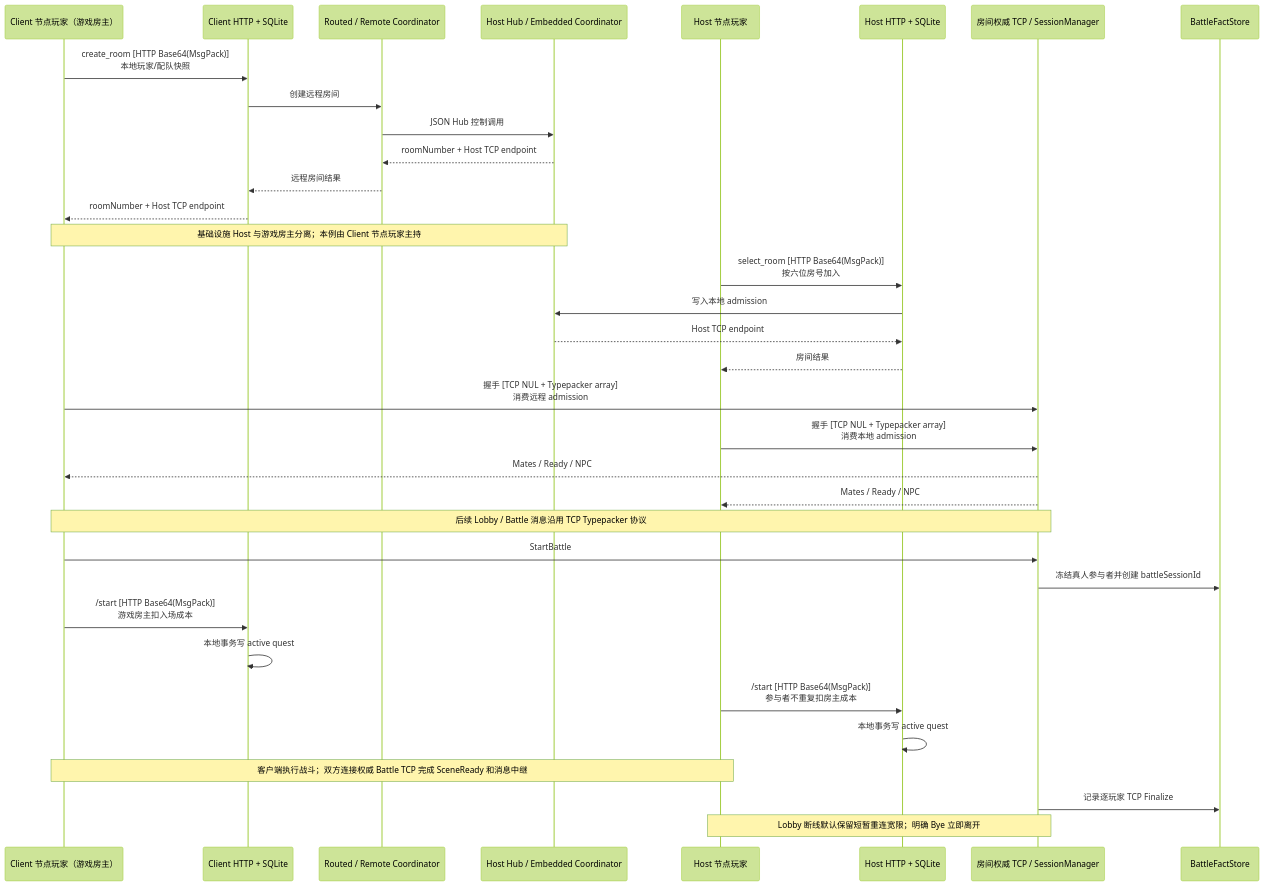
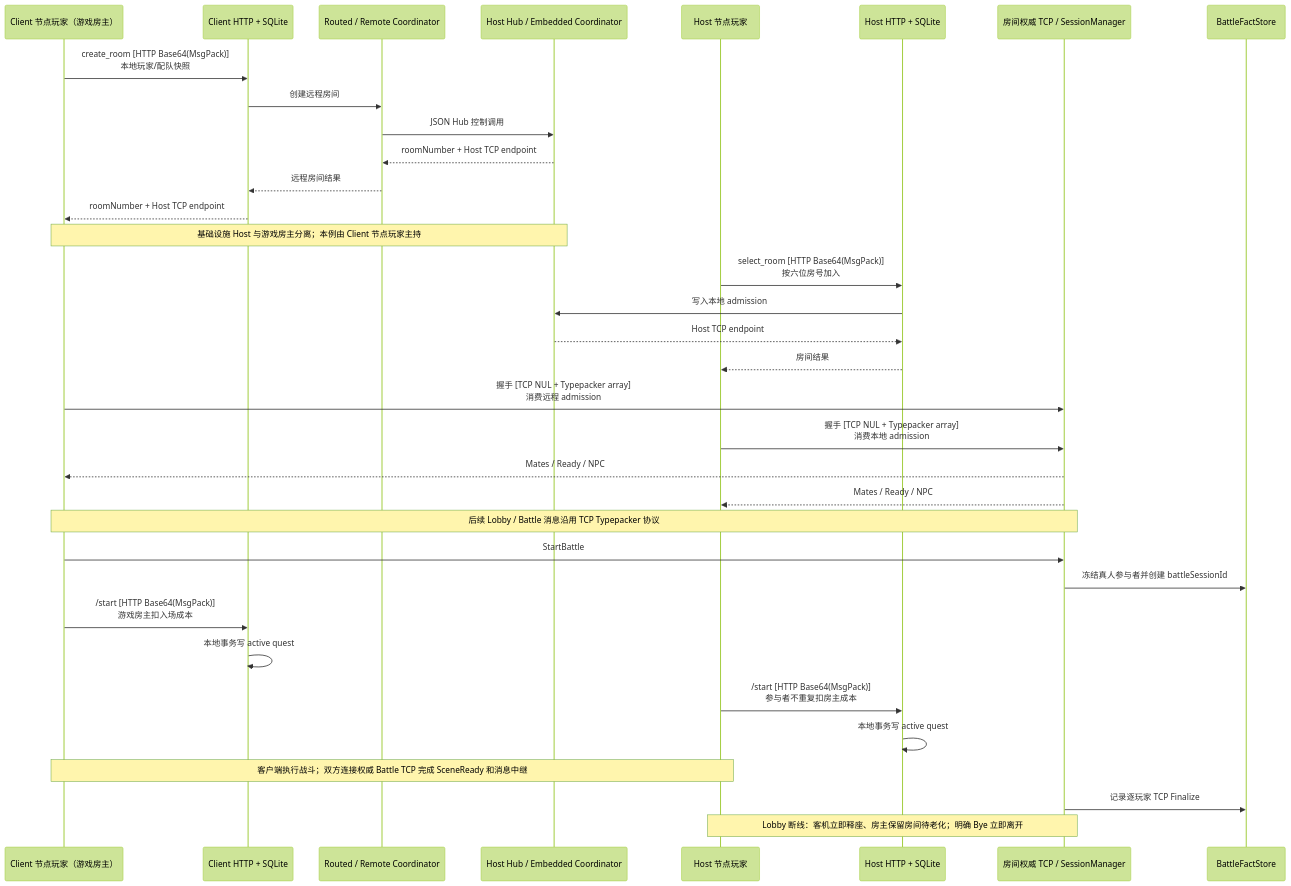
Before and after one commit to DontBeAlarmed/startpoint-cn: the second of 3 diagrams in docs/architecture/multiplayer-current.md, drawn with Mermaid (forest theme). The commit also changed 18 other files, not shown here.

````diff
--- a/docs/architecture/multiplayer-current.md
+++ b/docs/architecture/multiplayer-current.md
@@ -67,39 +67,39 @@
 ```mermaid
 sequenceDiagram
     participant B as Client 节点玩家（游戏房主）
     participant BS as Client HTTP + SQLite
     participant R as Routed / Remote Coordinator
     participant H as Host Hub / Embedded Coordinator
     participant A as Host 节点玩家
     participant AS as Host HTTP + SQLite
     participant T as 房间权威 TCP / SessionManager
     participant F as BattleFactStore
 
     B->>BS: create_room [HTTP Base64(MsgPack)]<br/>本地玩家/配队快照
     BS->>R: 创建远程房间
     R->>H: JSON Hub 控制调用
     H-->>R: roomNumber + Host TCP endpoint
     R-->>BS: 远程房间结果
     BS-->>B: roomNumber + Host TCP endpoint
     Note over B,H: 基础设施 Host 与游戏房主分离；本例由 Client 节点玩家主持
 
     A->>AS: select_room [HTTP Base64(MsgPack)]<br/>按六位房号加入
     AS->>H: 写入本地 admission
     H-->>AS: Host TCP endpoint
     AS-->>A: 房间结果
     B->>T: 握手 [TCP NUL + Typepacker array]<br/>消费远程 admission
     A->>T: 握手 [TCP NUL + Typepacker array]<br/>消费本地 admission
     T-->>B: Mates / Ready / NPC
     T-->>A: Mates / Ready / NPC
     Note over B,T: 后续 Lobby / Battle 消息沿用 TCP Typepacker 协议
 
     B->>T: StartBattle
     T->>F: 冻结真人参与者并创建 battleSessionId
     B->>BS: /start [HTTP Base64(MsgPack)]<br/>游戏房主扣入场成本
     BS->>BS: 本地事务写 active quest
     A->>AS: /start [HTTP Base64(MsgPack)]<br/>参与者不重复扣房主成本
     AS->>AS: 本地事务写 active quest
     Note over B,A: 客户端执行战斗；双方连接权威 Battle TCP 完成 SceneReady 和消息中继
     T->>F: 记录逐玩家 TCP Finalize
-    Note over A,T: Lobby 断线默认保留短暂重连宽限；明确 Bye 立即离开
+    Note over A,T: Lobby 断线：客机立即释座、房主保留房间待老化；明确 Bye 立即离开
 ```
````
